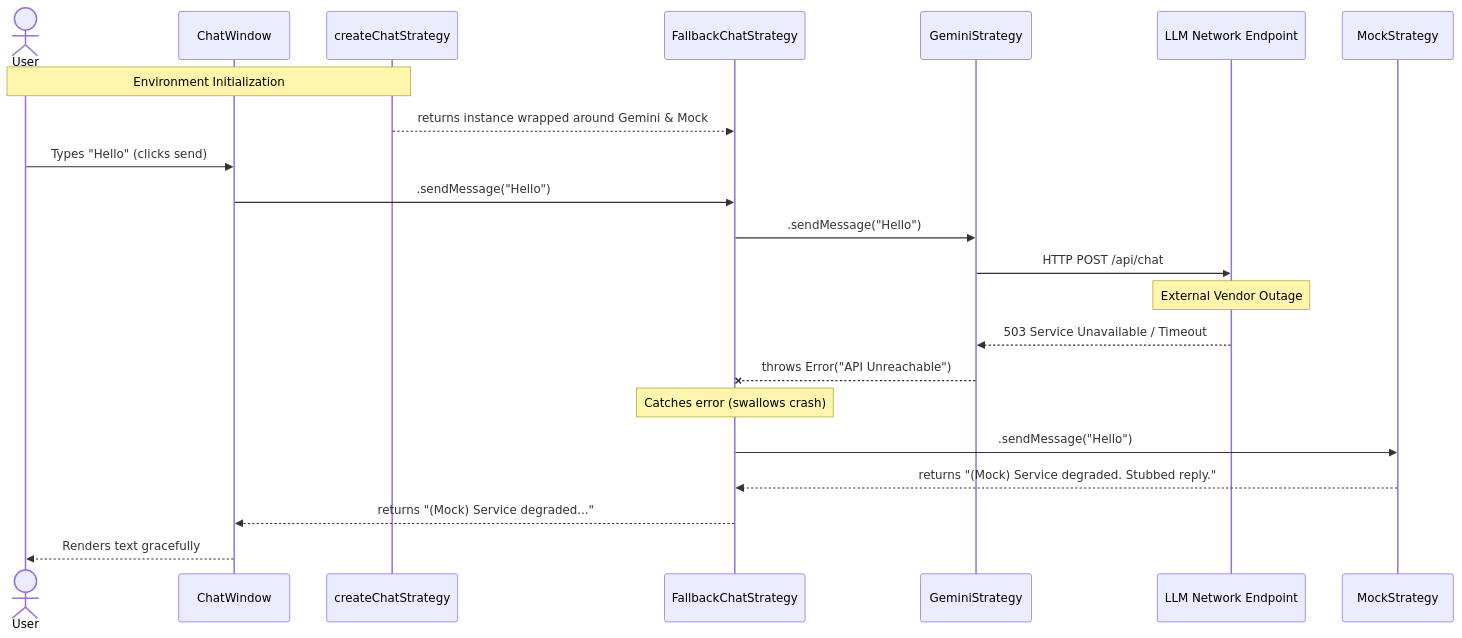
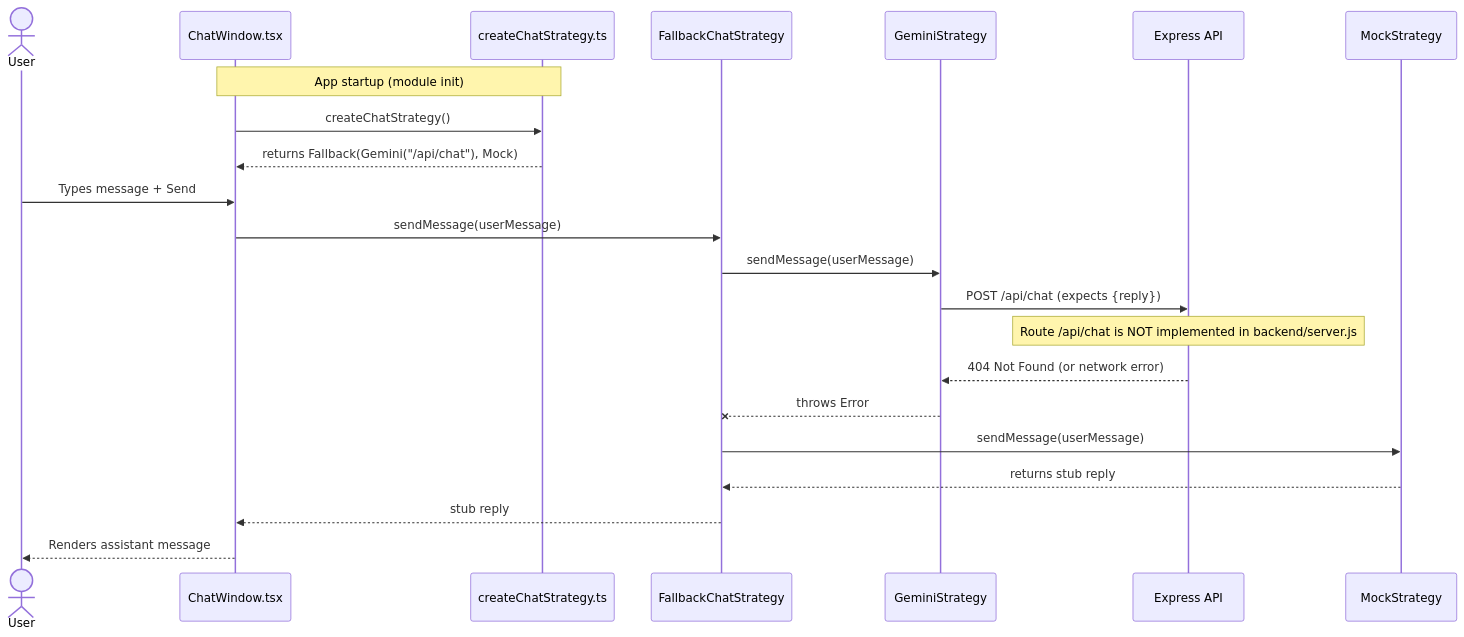
The diagram in diagrams/sequence-diagram.md (arya-p-gh/fittrack), drawn with Mermaid before and after one commit. The commit also changed other lines of this file and 3 other files, not shown here.

First line of the commit message:
docs: align diagrams with current code

````diff
--- a/diagrams/sequence-diagram.md
+++ b/diagrams/sequence-diagram.md
@@ -5,30 +5,29 @@
 ```mermaid
 sequenceDiagram
-    actor User
-    participant UI as ChatWindow
-    participant Factory as createChatStrategy
-    participant Fallback as FallbackChatStrategy
-    participant Primary as GeminiStrategy
-    participant API as LLM Network Endpoint
-    participant Mock as MockStrategy
+  actor User
+  participant UI as ChatWindow.tsx
+  participant Factory as createChatStrategy.ts
+  participant Fallback as FallbackChatStrategy
+  participant Primary as GeminiStrategy
+  participant Backend as Express API
+  participant Mock as MockStrategy
 
-    Note over User, Factory: Environment Initialization
-    Factory-->>Fallback: returns instance wrapped around Gemini & Mock
-    
-    User->>UI: Types "Hello" (clicks send)
-    UI->>Fallback: .sendMessage("Hello")
-    
-    Fallback->>Primary: .sendMessage("Hello")
-    Primary->>API: HTTP POST /api/chat
-    
-    Note over API: External Vendor Outage
-    API-->>Primary: 503 Service Unavailable / Timeout
-    
-    Primary--xFallback: throws Error("API Unreachable")
-    Note over Fallback: Catches error (swallows crash)
-    
-    Fallback->>Mock: .sendMessage("Hello")
-    Mock-->>Fallback: returns "(Mock) Service degraded. Stubbed reply."
-    Fallback-->>UI: returns "(Mock) Service degraded..."
-    UI-->>User: Renders text gracefully
+  Note over UI,Factory: App startup (module init)
+  UI->>Factory: createChatStrategy()
+  Factory-->>UI: returns Fallback(Gemini("/api/chat"), Mock)
+
+  User->>UI: Types message + Send
+  UI->>Fallback: sendMessage(userMessage)
+
+  Fallback->>Primary: sendMessage(userMessage)
+  Primary->>Backend: POST /api/chat (expects {reply})
+
+  Note over Backend: Route /api/chat is NOT implemented in backend/server.js
+  Backend-->>Primary: 404 Not Found (or network error)
+
+  Primary--xFallback: throws Error
+  Fallback->>Mock: sendMessage(userMessage)
+  Mock-->>Fallback: returns stub reply
+  Fallback-->>UI: stub reply
+  UI-->>User: Renders assistant message
 ```
````
